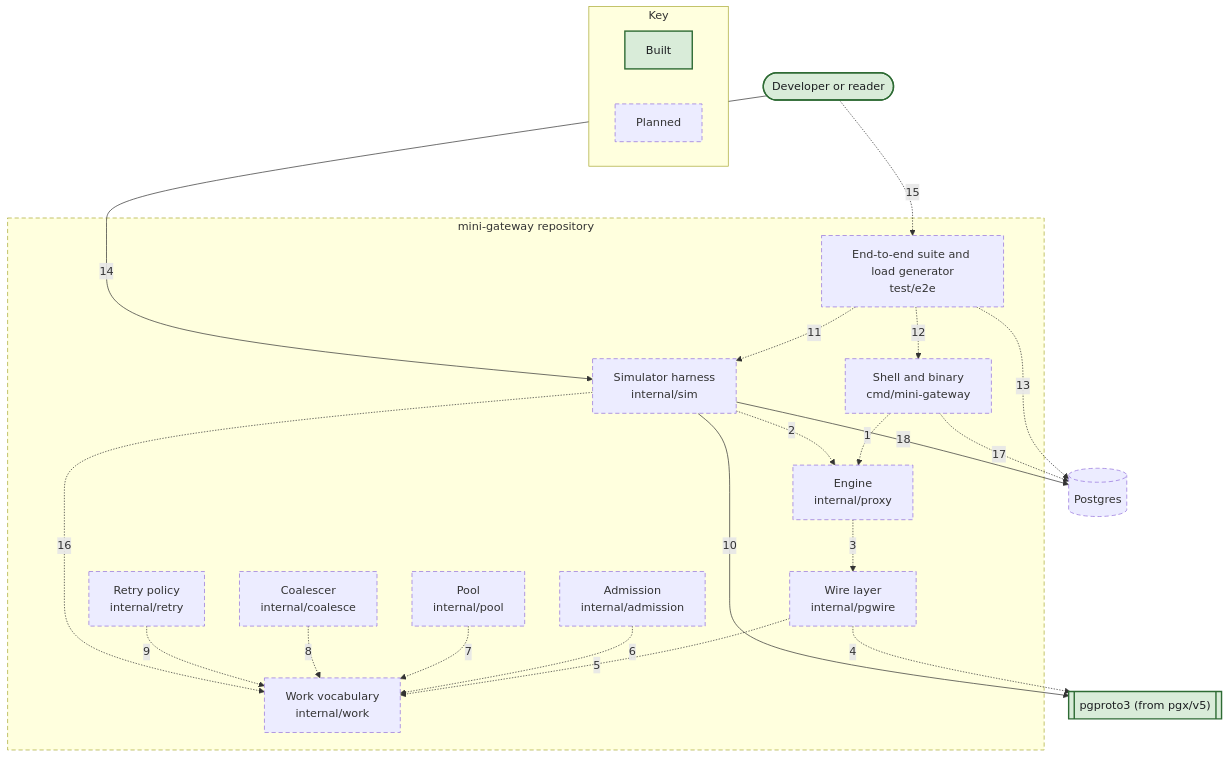
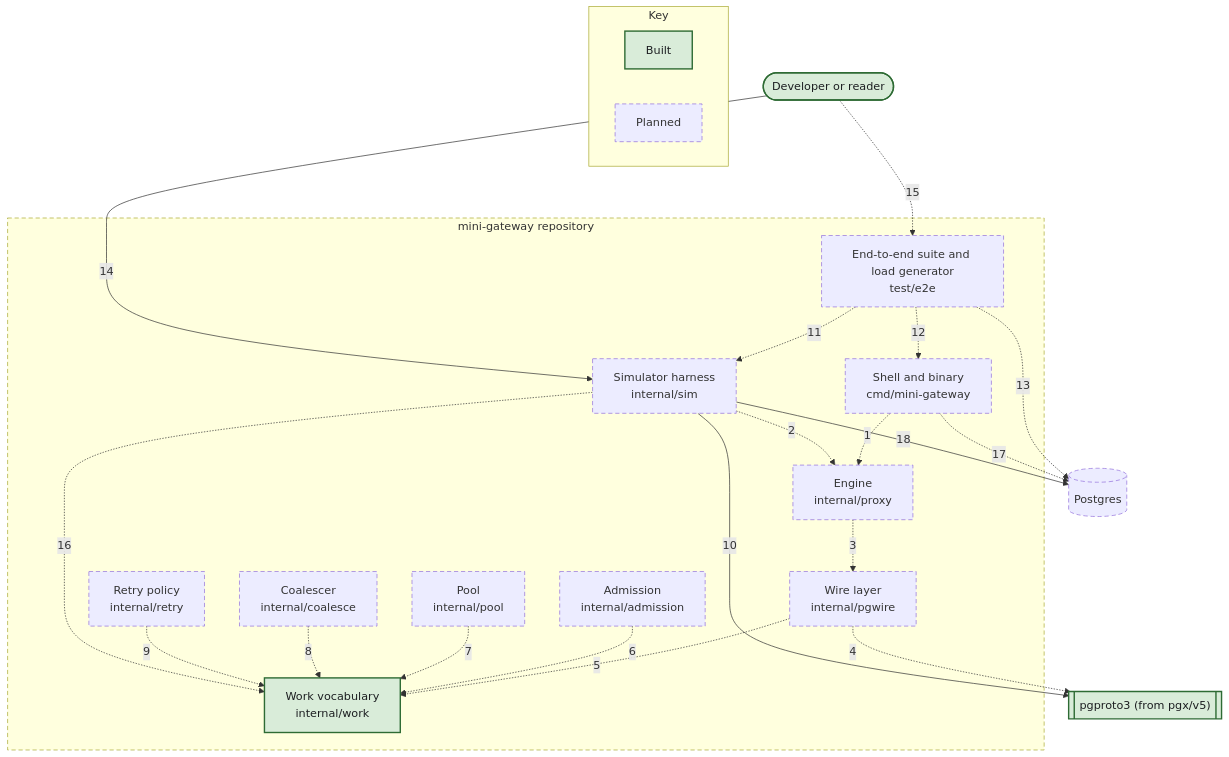
The diagram in docs/c4/diagrams/03-container-drivers-and-seams.mmd (nickstrad/mini-gateway), drawn with Mermaid before and after one commit. The commit also changed 22 other files, not shown here.

Commit message:
c4: mark chunk 5 built (classifier, safe shape, error contract, work vocabulary) and correct the wire and observability diagrams

```diff
--- a/docs/c4/diagrams/03-container-drivers-and-seams.mmd
+++ b/docs/c4/diagrams/03-container-drivers-and-seams.mmd
@@ -1,41 +1,41 @@
 flowchart TB
   DEVELOPER(["Developer or reader"]):::built
   PGPROTO3[["pgproto3 (from pgx/v5)"]]:::built
   PG[("Postgres")]:::planned
   subgraph SCOPE["mini-gateway repository"]
     C_SIM["Simulator harness<br/>internal/sim"]:::planned
     C_E2E["End-to-end suite and load generator<br/>test/e2e"]:::planned
     C_SHELL["Shell and binary<br/>cmd/mini-gateway"]:::planned
     C_ENGINE["Engine<br/>internal/proxy"]:::planned
     C_PGWIRE["Wire layer<br/>internal/pgwire"]:::planned
-    C_WORK["Work vocabulary<br/>internal/work"]:::planned
+    C_WORK["Work vocabulary<br/>internal/work"]:::built
     C_ADM["Admission<br/>internal/admission"]:::planned
     C_POOL["Pool<br/>internal/pool"]:::planned
     C_COAL["Coalescer<br/>internal/coalesce"]:::planned
     C_RETRY["Retry policy<br/>internal/retry"]:::planned
   end
   C_SHELL -.->|1| C_ENGINE
   C_SIM -.->|2| C_ENGINE
   C_ENGINE -.->|3| C_PGWIRE
   C_PGWIRE -.->|4| PGPROTO3
   C_PGWIRE -.->|5| C_WORK
   C_ADM -.->|6| C_WORK
   C_POOL -.->|7| C_WORK
   C_COAL -.->|8| C_WORK
   C_RETRY -.->|9| C_WORK
   C_SIM -->|10| PGPROTO3
   C_E2E -.->|11| C_SIM
   C_E2E -.->|12| C_SHELL
   C_E2E -.->|13| PG
   DEVELOPER -->|14| C_SIM
   DEVELOPER -.->|15| C_E2E
   C_SIM -.->|16| C_WORK
   C_SHELL -.->|17| PG
   C_SIM -->|18| PG
   subgraph KEY["Key"]
     KEY_BUILT["Built"]:::built
     KEY_PLANNED["Planned"]:::planned
   end
   classDef built fill:#d9ecd9,stroke:#2e6b34,stroke-width:2px,color:#1c1e21
   classDef planned stroke-width:1px,stroke-dasharray:6 4
   style SCOPE stroke-dasharray:6 4
```
